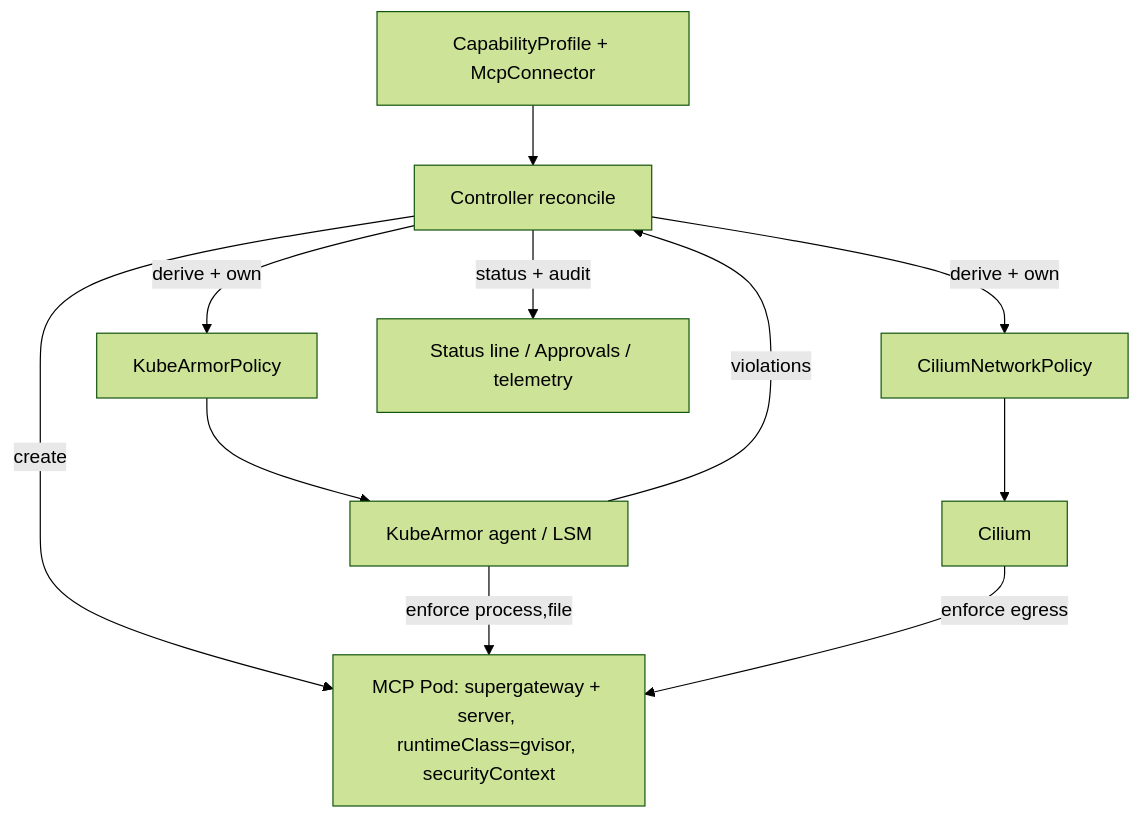
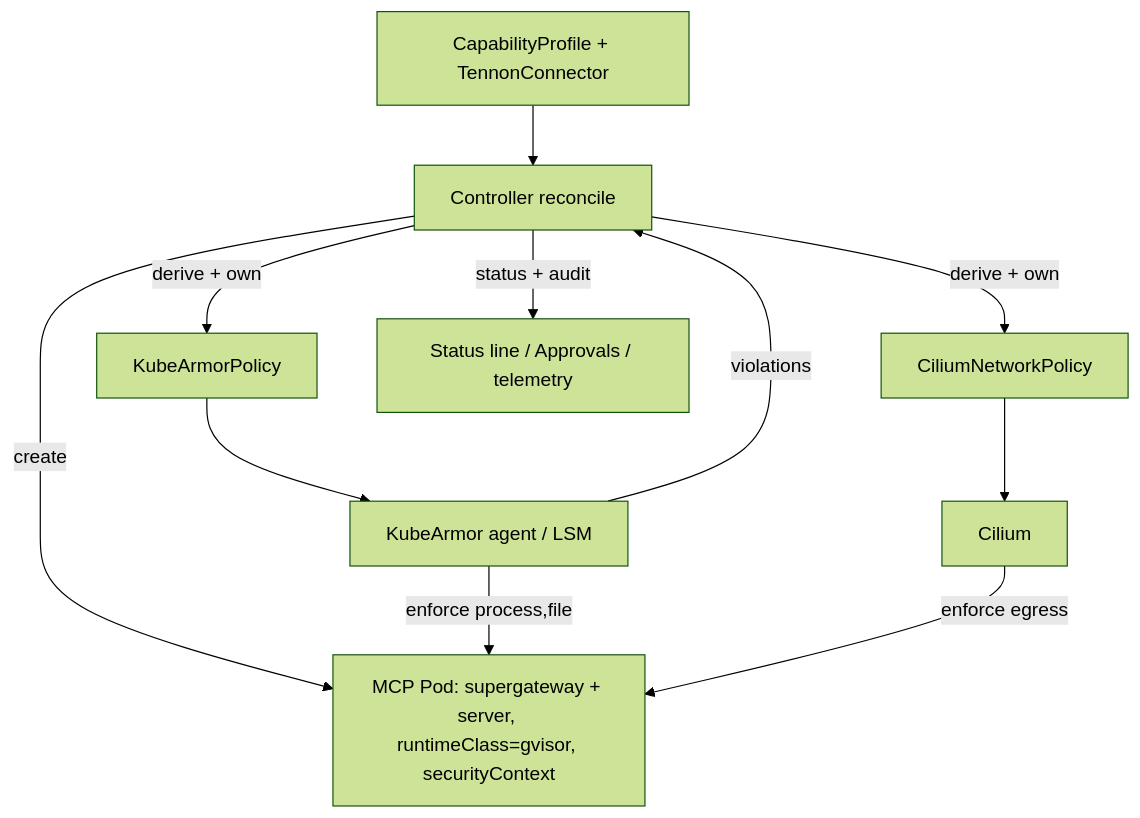
Before and after one commit to yurifrl/tennon: the diagram in docs/arch/09-capability-architecture.md, drawn with Mermaid (forest theme). The commit also changed other lines of this file and 77 other files, not shown here.

````diff
--- a/docs/arch/09-capability-architecture.md
+++ b/docs/arch/09-capability-architecture.md
@@ -59,12 +59,12 @@
 ```mermaid
 graph TD
-  CP[CapabilityProfile + McpConnector] --> REC[Controller reconcile]
+  CP[CapabilityProfile + TennonConnector] --> REC[Controller reconcile]
   REC -->|create| POD[MCP Pod: supergateway + server, runtimeClass=gvisor, securityContext]
   REC -->|derive + own| CIL[CiliumNetworkPolicy]
   REC -->|derive + own| KA[KubeArmorPolicy]
   KAAG[KubeArmor agent / LSM] -->|enforce process,file| POD
   CIL --> CILAG[Cilium] -->|enforce egress| POD
   KA --> KAAG
   KAAG -->|violations| REC
   REC -->|status + audit| UI[Status line / Approvals / telemetry]
 ```
````
